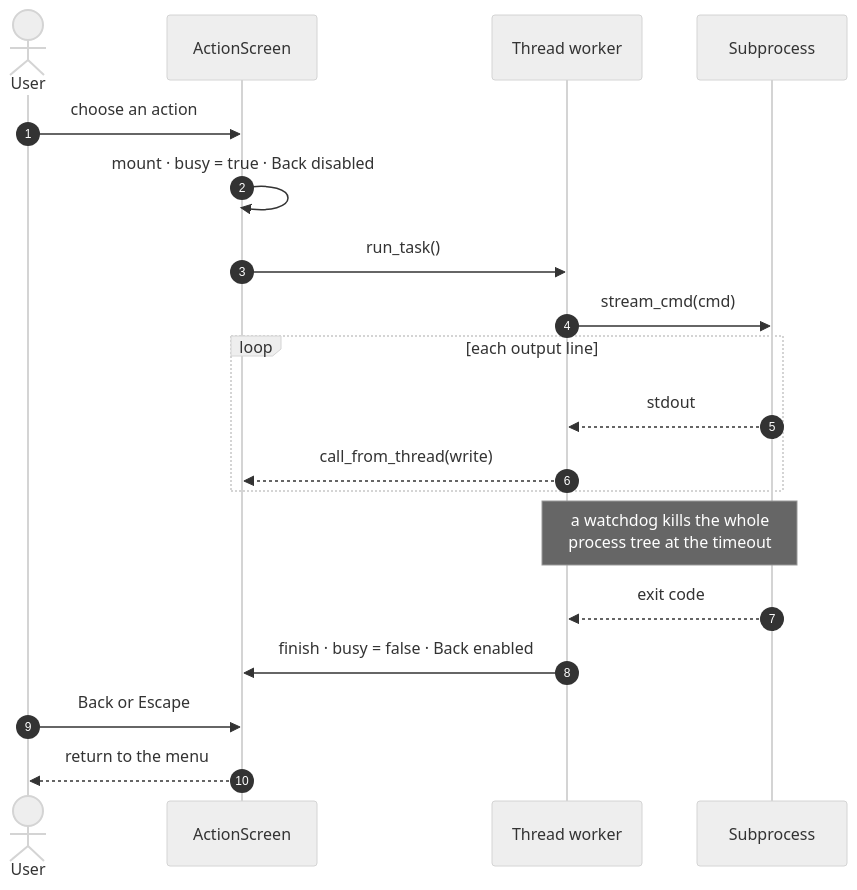
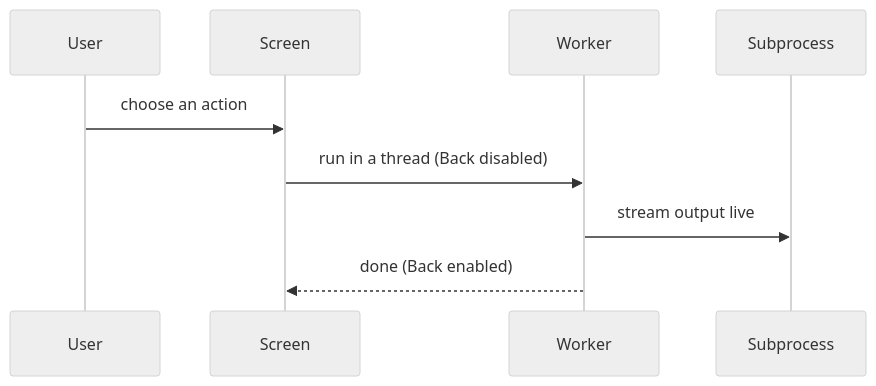
Before and after one commit to arinadi/XLabs: the third of 3 diagrams in README.md, drawn with Mermaid (neutral theme). The commit also changed other lines of this file, not shown here.

First line of the commit message:
docs: cut README length and simplify diagrams

````diff
--- a/README.md
+++ b/README.md
@@ -181,25 +133,7 @@
 ```mermaid
 sequenceDiagram
-    autonumber
-    actor User
-    participant Screen as ActionScreen
-    participant Worker as Thread worker
-    participant Proc as Subprocess
-
     User->>Screen: choose an action
-    Screen->>Screen: mount · busy = true · Back disabled
-    Screen->>Worker: run_task()
-
-    Worker->>Proc: stream_cmd(cmd)
-    loop each output line
-        Proc-->>Worker: stdout
-        Worker-->>Screen: call_from_thread(write)
-    end
-    Note over Worker,Proc: a watchdog kills the whole<br/>process tree at the timeout
-
-    Proc-->>Worker: exit code
-    Worker->>Screen: finish · busy = false · Back enabled
-
-    User->>Screen: Back or Escape
-    Screen-->>User: return to the menu
+    Screen->>Worker: run in a thread (Back disabled)
+    Worker->>Subprocess: stream output live
+    Worker-->>Screen: done (Back enabled)
 ```
````
